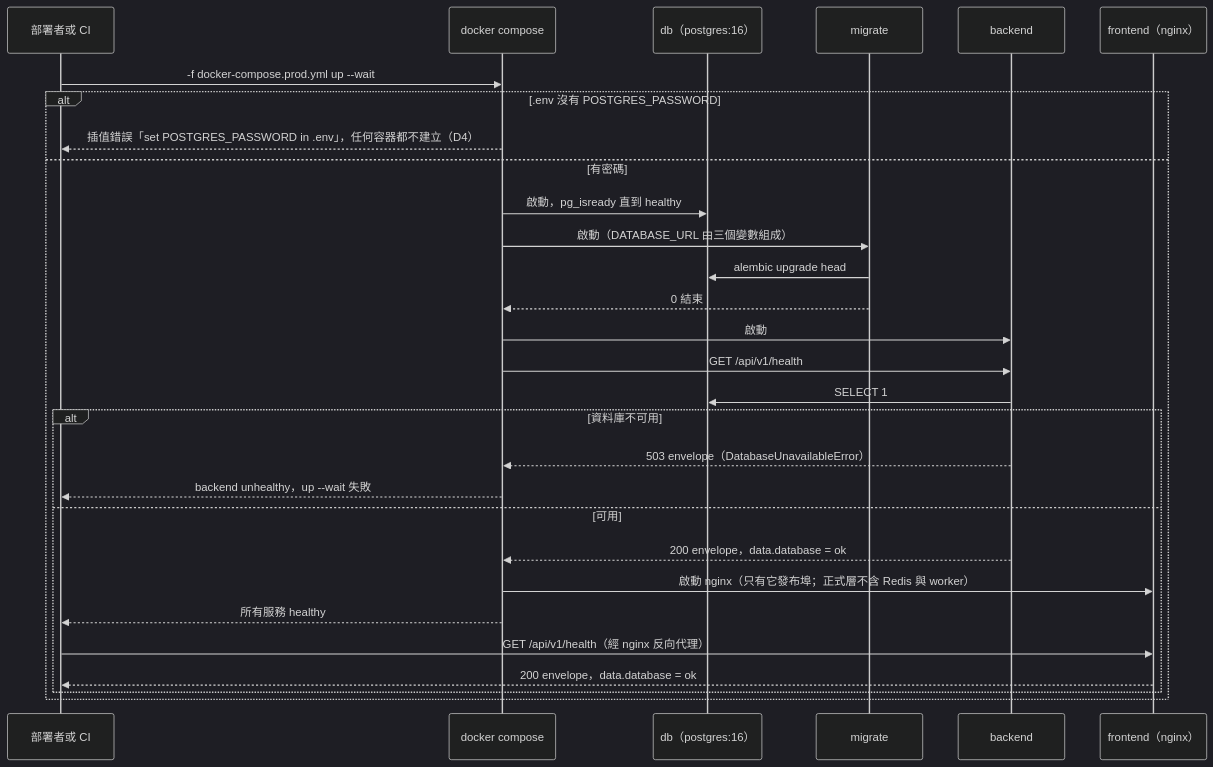
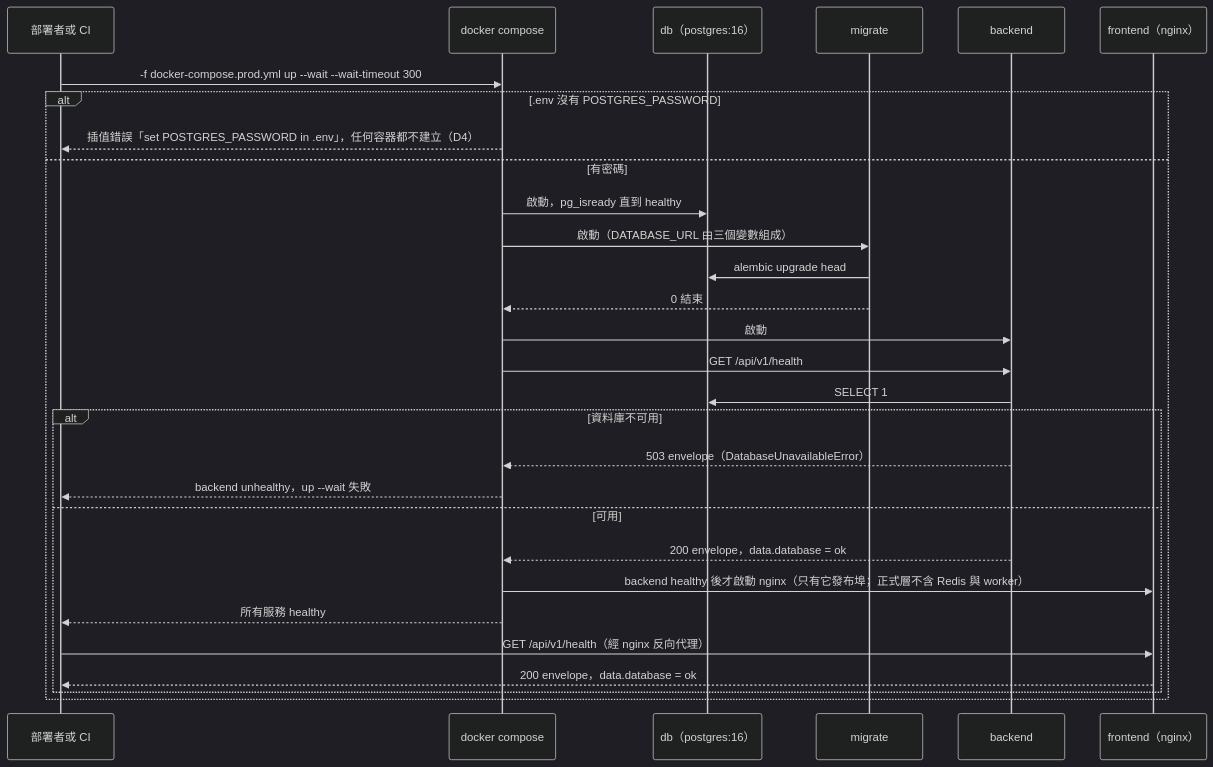
The fourth of 13 diagrams in openspec/changes/infra-compose-e2e-ci/system-design.md (label-suite/label-suite), drawn with Mermaid (dark theme) before and after one commit. The commit also changed other lines of this file, not shown here.

First line of the commit message:
docs: close coverage and compose gaps found in planning review (#506)

````diff
--- a/openspec/changes/infra-compose-e2e-ci/system-design.md
+++ b/openspec/changes/infra-compose-e2e-ci/system-design.md
@@ -345,31 +374,31 @@
 ```mermaid
 sequenceDiagram
   participant Dev as 部署者或 CI
   participant Compose as docker compose
   participant DB as db（postgres:16）
   participant MG as migrate
   participant BE as backend
   participant FE as frontend（nginx）
-  Dev->>Compose: -f docker-compose.prod.yml up --wait
+  Dev->>Compose: -f docker-compose.prod.yml up --wait --wait-timeout 300
   alt .env 沒有 POSTGRES_PASSWORD
     Compose-->>Dev: 插值錯誤「set POSTGRES_PASSWORD in .env」，任何容器都不建立（D4）
   else 有密碼
     Compose->>DB: 啟動，pg_isready 直到 healthy
     Compose->>MG: 啟動（DATABASE_URL 由三個變數組成）
     MG->>DB: alembic upgrade head
     MG-->>Compose: 0 結束
     Compose->>BE: 啟動
     Compose->>BE: GET /api/v1/health
     BE->>DB: SELECT 1
     alt 資料庫不可用
       BE-->>Compose: 503 envelope（DatabaseUnavailableError）
       Compose-->>Dev: backend unhealthy，up --wait 失敗
     else 可用
       BE-->>Compose: 200 envelope，data.database = ok
-      Compose->>FE: 啟動 nginx（只有它發布埠；正式層不含 Redis 與 worker）
+      Compose->>FE: backend healthy 後才啟動 nginx（只有它發布埠；正式層不含 Redis 與 worker）
       Compose-->>Dev: 所有服務 healthy
       Dev->>FE: GET /api/v1/health（經 nginx 反向代理）
       FE-->>Dev: 200 envelope，data.database = ok
     end
   end
 ```
````
